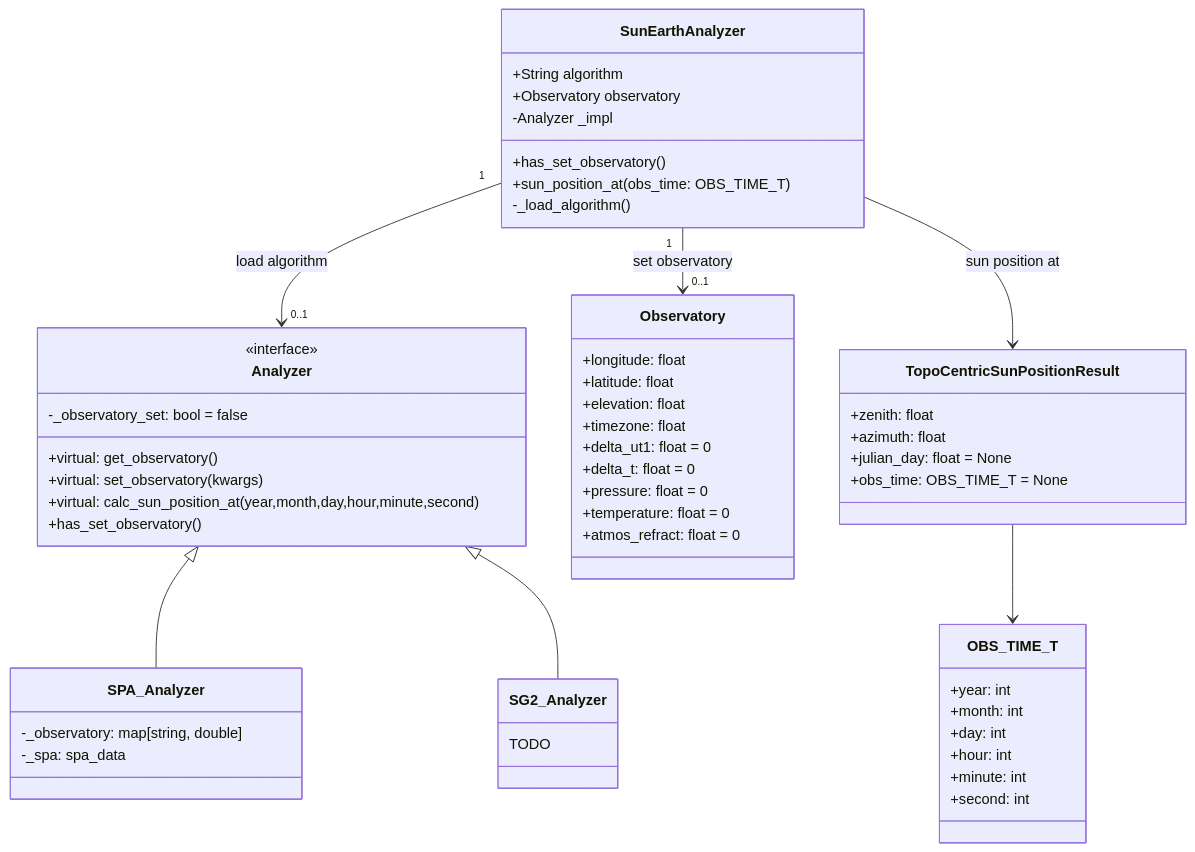
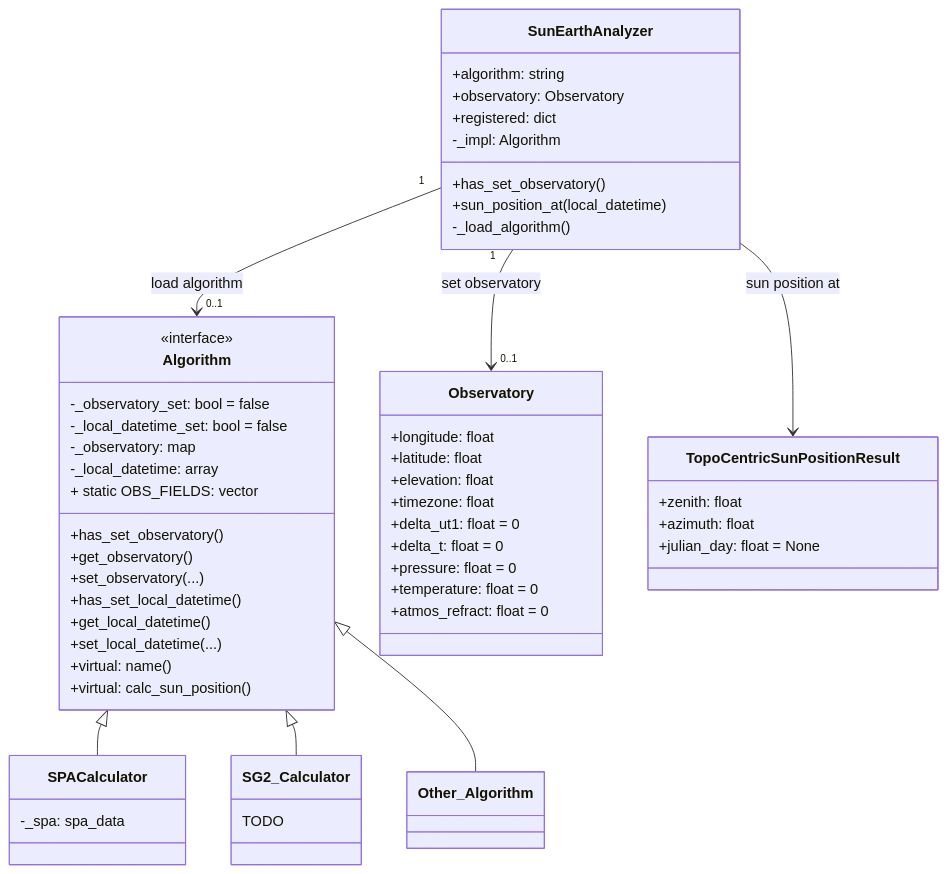
One commit to mikesongming/SE-Geometry changed the third of 3 diagrams in docs/dev-guide/dev-guide.md. Above: the diagram before and after it, drawn with Mermaid. The commit also changed other lines of this file and 37 other files, not shown here.

````diff
--- a/docs/dev-guide/dev-guide.md
+++ b/docs/dev-guide/dev-guide.md
@@ -95,59 +110,57 @@
 ``` mermaid
 classDiagram
-    SunEarthAnalyzer "1" --> "0..1" Analyzer: load algorithm
+    SunEarthAnalyzer "1" --> "0..1" Algorithm: load algorithm
     SunEarthAnalyzer "1" --> "0..1" Observatory: set observatory
     SunEarthAnalyzer --> TopoCentricSunPositionResult: sun position at
-    Analyzer <|-- SPA_Analyzer
-    Analyzer <|-- SG2_Analyzer
-    TopoCentricSunPositionResult --> OBS_TIME_T
+    Algorithm <|-- SPACalculator
+    Algorithm <|-- SG2_Calculator
+    Algorithm <|-- Other_Algorithm
     class SunEarthAnalyzer {
-        +String algorithm
-        +Observatory observatory
-        -Analyzer _impl
+        +algorithm: string
+        +observatory: Observatory
+        +registered: dict
+        -_impl: Algorithm
         +has_set_observatory()
-        +sun_position_at(obs_time: OBS_TIME_T)
+        +sun_position_at(local_datetime)
         -_load_algorithm()
     }
-    class Analyzer {
+    class Algorithm {
         -_observatory_set: bool = false
-        +virtual: get_observatory()
-        +virtual: set_observatory(kwargs)
-        +virtual: calc_sun_position_at(year,month,day,hour,minute,second)
+        -_local_datetime_set: bool = false
+        -_observatory: map<string, double>
+        -_local_datetime: array<int>
+        + static OBS_FIELDS: vector<string>
         +has_set_observatory()
+        +get_observatory()
+        +set_observatory(...)
+        +has_set_local_datetime()
+        +get_local_datetime()
+        +set_local_datetime(...)
+        +virtual: name()
+        +virtual: calc_sun_position()
     }
-    <<interface>> Analyzer
-    class SPA_Analyzer {
-        -_observatory: map[string, double]
+    <<interface>> Algorithm
+    class SPACalculator {
         -_spa: spa_data
 
     }
-    class SG2_Analyzer {
+    class SG2_Calculator {
         TODO
     }
     class Observatory {
         +longitude: float
         +latitude: float
         +elevation: float
         +timezone: float
         +delta_ut1: float = 0
         +delta_t: float = 0
         +pressure: float = 0
         +temperature: float = 0
         +atmos_refract: float = 0
     }
-
-    class OBS_TIME_T {
-        +year: int
-        +month: int
-        +day: int
-        +hour: int
-        +minute: int
-        +second: int
-    }
     class TopoCentricSunPositionResult {
         +zenith: float
         +azimuth: float
         +julian_day: float = None
-        +obs_time: OBS_TIME_T = None
     }
 ```
````
